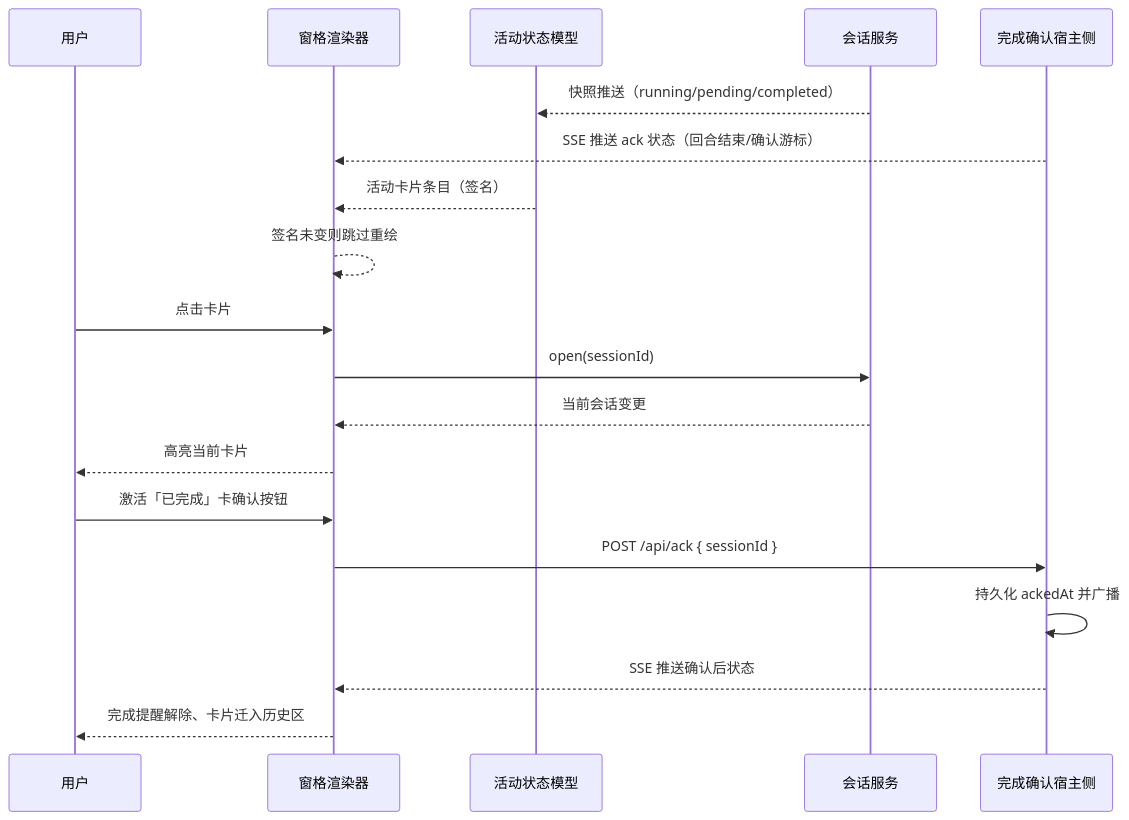
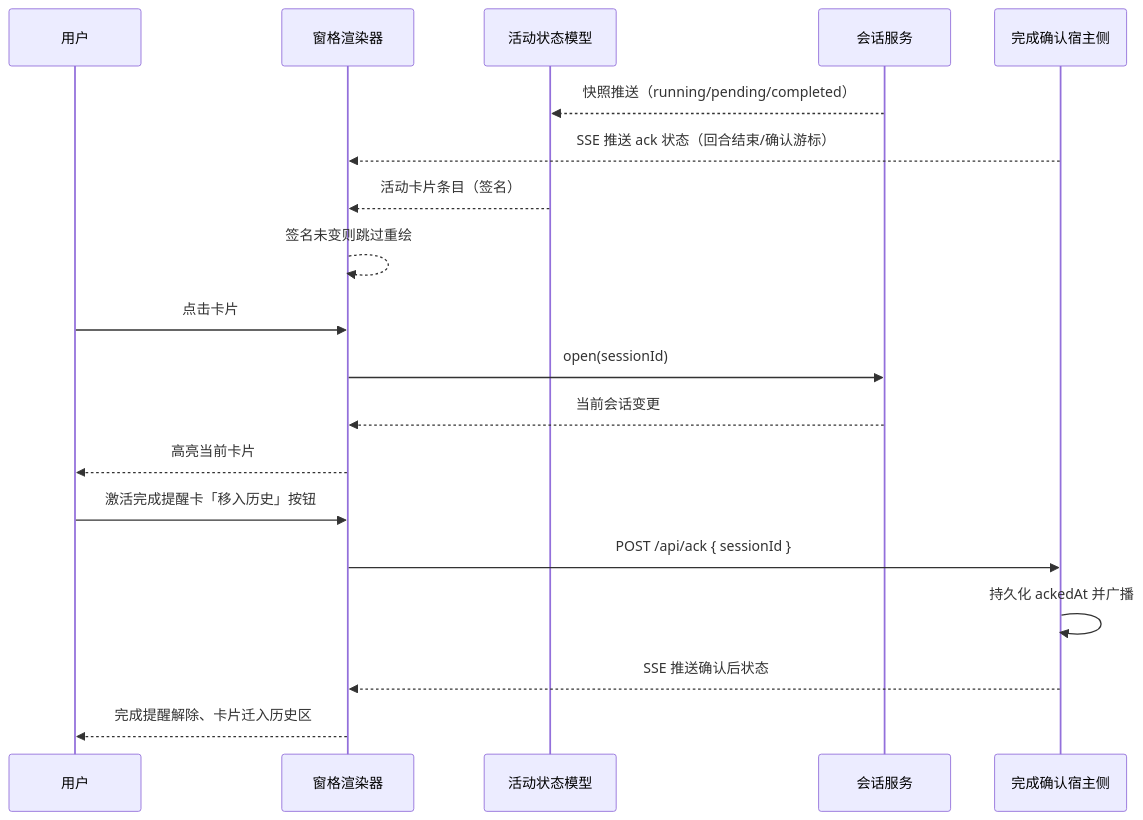
Before and after one commit to ccll/dsh-activity-pane: the third of 6 diagrams in DESIGN.md, drawn with Mermaid. The commit also changed other lines of this file and 9 other files, not shown here.

````diff
--- a/DESIGN.md
+++ b/DESIGN.md
@@ -79,21 +79,21 @@
 ```mermaid
 sequenceDiagram
     participant U as 用户
     participant R as 窗格渲染器
     participant C as 活动状态模型
     participant S as 会话服务
     participant H as 完成确认宿主侧
     S-->>C: 快照推送（running/pending/completed）
     H-->>R: SSE 推送 ack 状态（回合结束/确认游标）
     C-->>R: 活动卡片条目（签名）
     R-->>R: 签名未变则跳过重绘
     U->>R: 点击卡片
     R->>S: open(sessionId)
     S-->>R: 当前会话变更
     R-->>U: 高亮当前卡片
-    U->>R: 激活「已完成」卡确认按钮
+    U->>R: 激活完成提醒卡「移入历史」按钮
     R->>H: POST /api/ack { sessionId }
     H->>H: 持久化 ackedAt 并广播
     H-->>R: SSE 推送确认后状态
     R-->>U: 完成提醒解除、卡片迁入历史区
 ```
````
